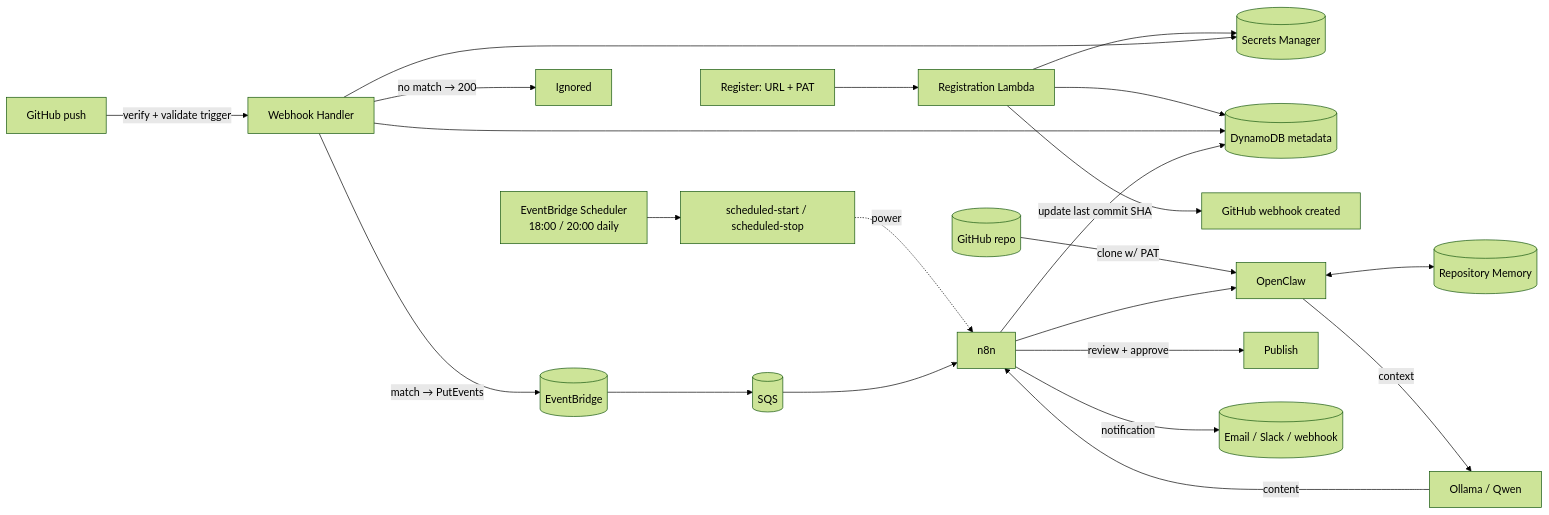
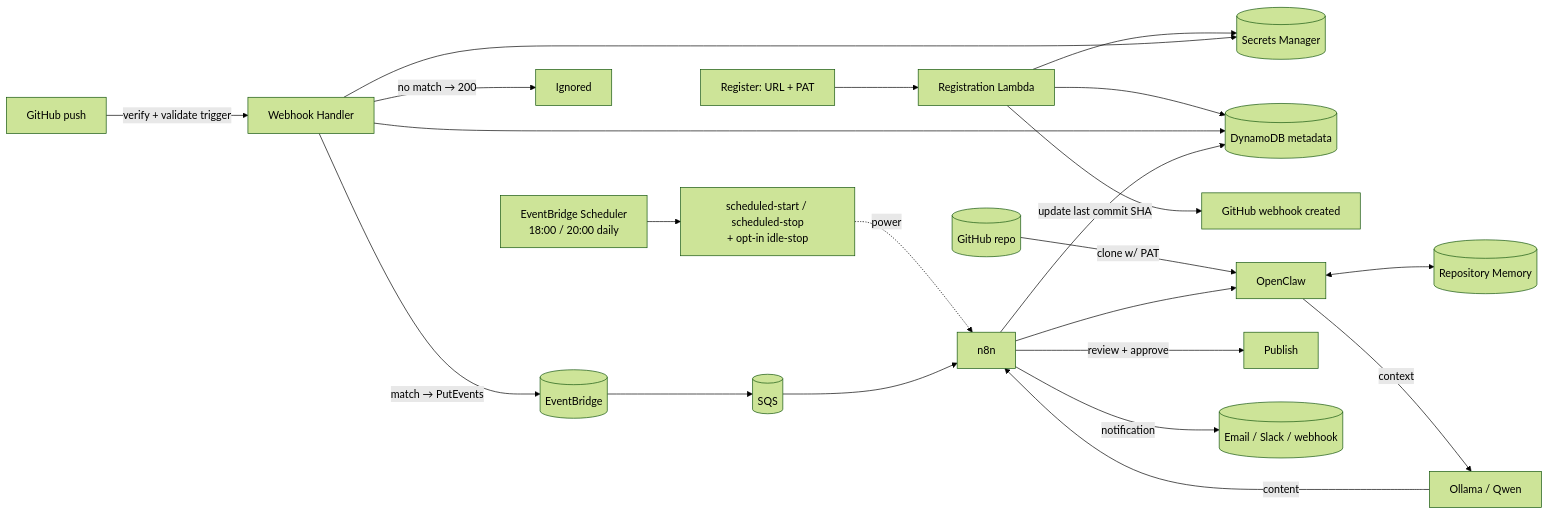
One commit to teddynted/ai-github-repository-blog-generator changed the eighth of 8 diagrams in docs/architecture.md. Above: the diagram before and after it, drawn with Mermaid (forest theme). The commit also changed other lines of this file and 2 other files, not shown here.

First line of the commit message:
docs(diagrams): reflect idle auto-stop in scheduler/architecture diagrams

````diff
--- a/docs/architecture.md
+++ b/docs/architecture.md
@@ -291,25 +292,25 @@
 ```mermaid
 flowchart LR
     REG[Register: URL + PAT] --> RL[Registration Lambda]
     RL --> SM[(Secrets Manager)]
     RL --> DDB[(DynamoDB metadata)]
     RL --> HOOK[GitHub webhook created]
 
     EVT[GitHub push] -->|verify + validate trigger| LH[Webhook Handler]
     LH --> DDB
     LH --> SM
     LH -->|match → PutEvents| EB[(EventBridge)]
     LH -->|no match → 200| STOP[Ignored]
     EB --> SQS[(SQS)]
-    SCH[EventBridge Scheduler<br/>18:00 / 20:00 daily] --> PWR[scheduled-start / scheduled-stop]
+    SCH[EventBridge Scheduler<br/>18:00 / 20:00 daily] --> PWR[scheduled-start / scheduled-stop<br/>+ opt-in idle-stop]
     PWR -.->|power| N8N
     SQS --> N8N[n8n]
     GH[(GitHub repo)] -->|clone w/ PAT| OC[OpenClaw]
     N8N --> OC
     OC <--> MEM[(Repository Memory)]
     OC -->|context| OL[Ollama / Qwen]
     OL -->|content| N8N
     N8N -->|review + approve| PUB[Publish]
     N8N -->|update last commit SHA| DDB
     N8N -->|notification| NOTIF[(Email / Slack / webhook)]
 ```
````
